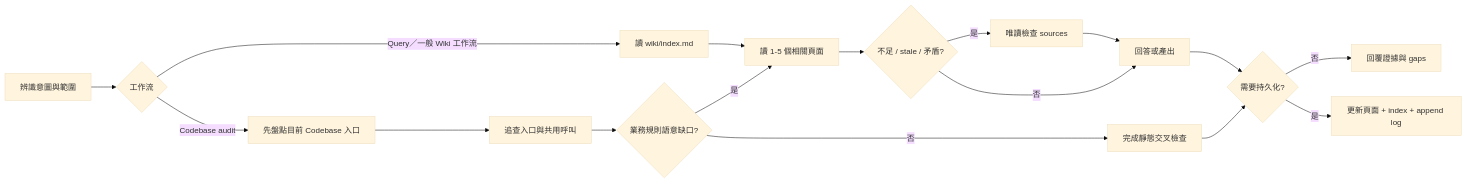
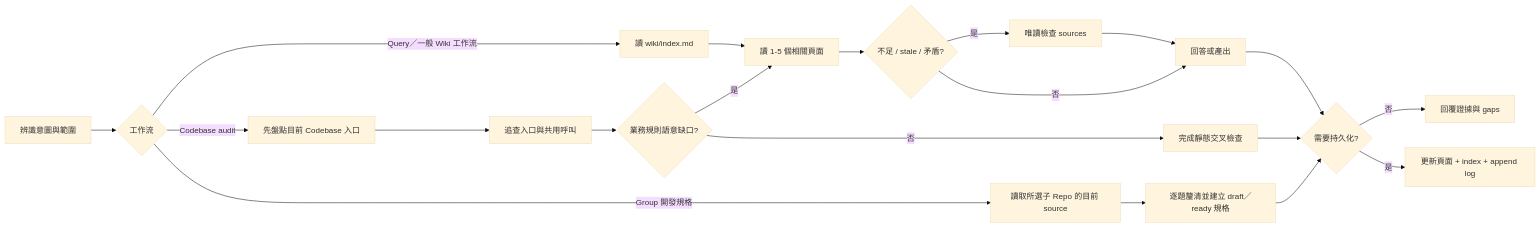
Before and after one commit to dennis8499/code-base-llm-wiki: the diagram in docs/product/workflows/README.md, drawn with Mermaid (base theme). The commit also changed other lines of this file and 15 other files, not shown here.

````diff
--- a/docs/product/workflows/README.md
+++ b/docs/product/workflows/README.md
@@ -7,19 +7,22 @@
 ```mermaid
 flowchart LR
     Intent[辨識意圖與範圍] --> Route{工作流}
     Route -->|Query／一般 Wiki 工作流| Index[讀 wiki/index.md]
     Route -->|Codebase audit| Inventory[先盤點目前 Codebase 入口]
+    Route -->|Group 開發規格| SpecSource[讀取所選子 Repo 的目前 source]
+    SpecSource --> SpecWork[逐題釐清並建立 draft／ready 規格]
+    SpecWork --> Persist
     Index --> Pages[讀 1-5 個相關頁面]
     Pages --> Gap{不足 / stale / 矛盾?}
     Gap -->|是| Source[唯讀檢查 sources]
     Gap -->|否| Work[回答或產出]
     Source --> Work
     Inventory --> Trace[追查入口與共用呼叫]
     Trace --> BusinessGap{業務規則語意缺口?}
     BusinessGap -->|是| Pages
     BusinessGap -->|否| AuditWork[完成靜態交叉檢查]
     AuditWork --> Persist
     Work --> Persist{需要持久化?}
     Persist -->|否| Done[回覆證據與 gaps]
     Persist -->|是| Update[更新頁面 + index + append log]
 ```
````
